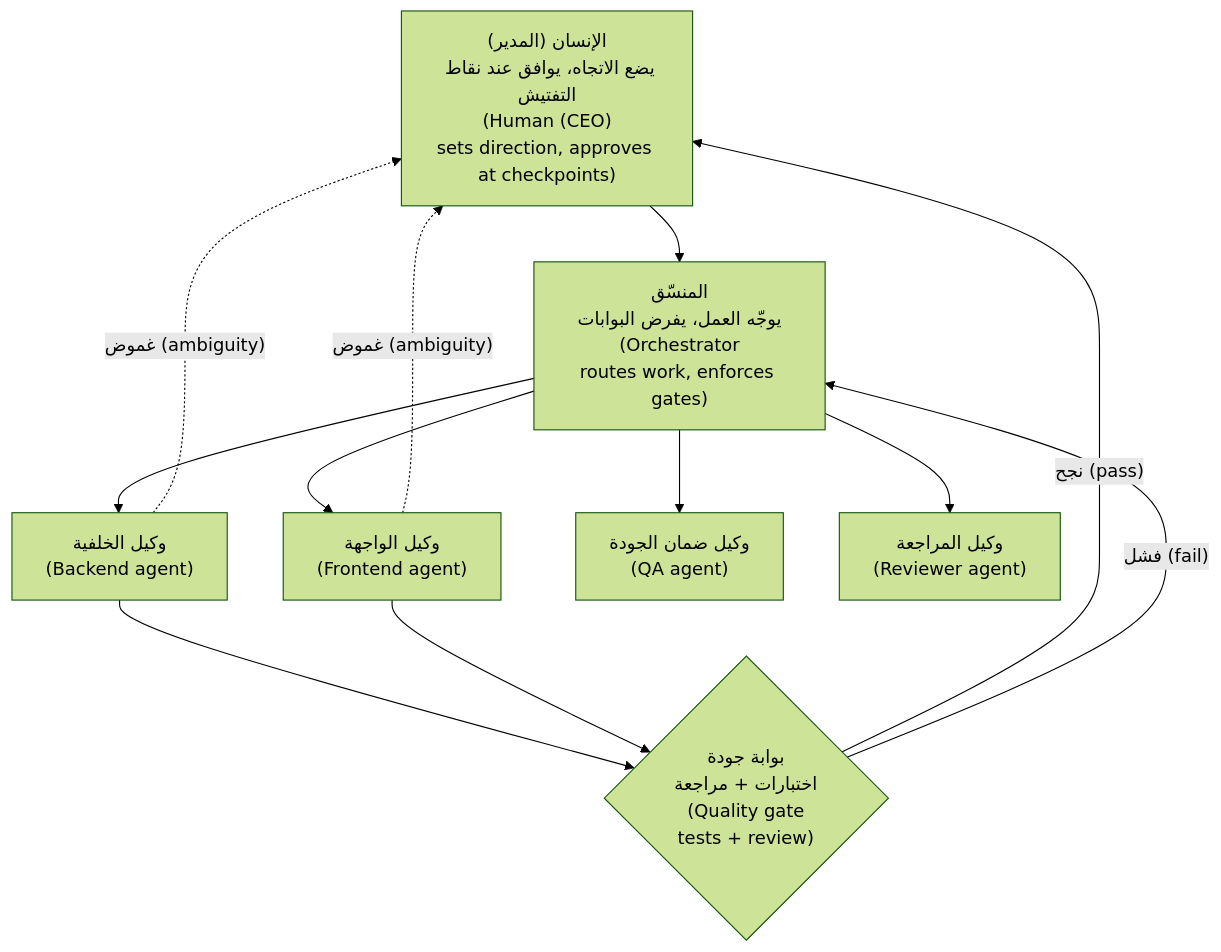
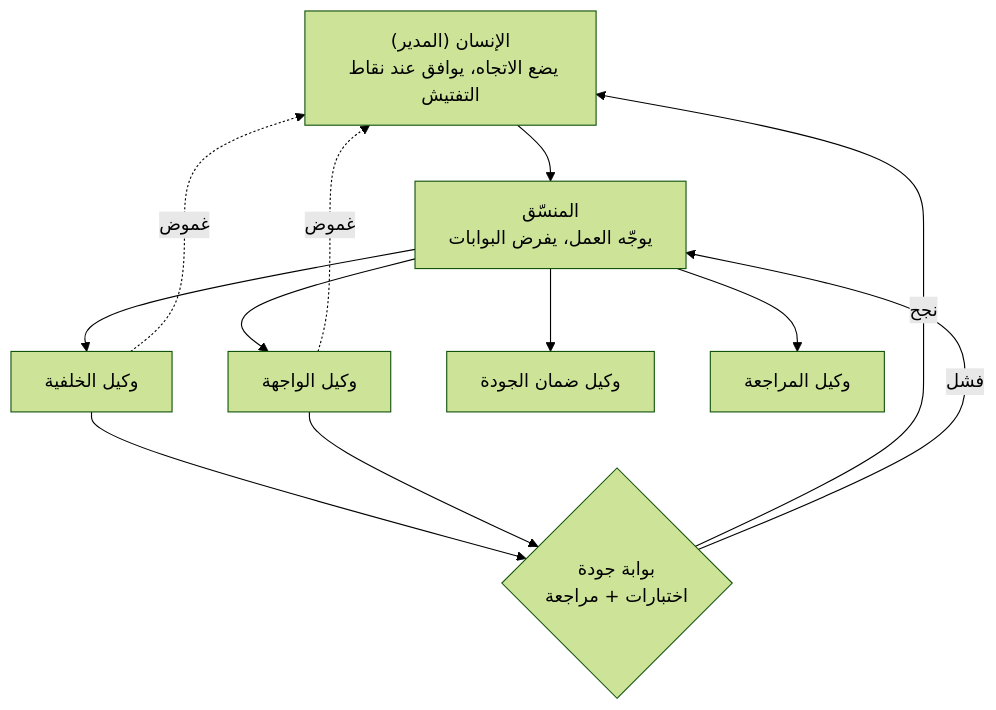
The sixth of 8 diagrams in modules/09-directing-ai-team/module.ar.md (Tamoura/system-design-for-vibe-coders), drawn with Mermaid (forest theme) before and after one commit. The commit also changed other lines of this file and 551 other files, not shown here.

````diff
--- a/modules/09-directing-ai-team/module.ar.md
+++ b/modules/09-directing-ai-team/module.ar.md
@@ -533,14 +535,14 @@
 ```mermaid
 flowchart TD
-    H["الإنسان (المدير)<br/>يضع الاتجاه، يوافق عند نقاط التفتيش<br/>(Human (CEO)<br/>sets direction, approves at checkpoints)"] --> O["المنسّق<br/>يوجّه العمل، يفرض البوابات<br/>(Orchestrator<br/>routes work, enforces gates)"]
-    O --> B["وكيل الخلفية<br/>(Backend agent)"]
-    O --> F["وكيل الواجهة<br/>(Frontend agent)"]
-    O --> Q["وكيل ضمان الجودة<br/>(QA agent)"]
-    O --> R["وكيل المراجعة<br/>(Reviewer agent)"]
-    B --> G1{"بوابة جودة<br/>اختبارات + مراجعة<br/>(Quality gate<br/>tests + review)"}
+    H["الإنسان (المدير)<br/>يضع الاتجاه، يوافق عند نقاط التفتيش"] --> O["المنسّق<br/>يوجّه العمل، يفرض البوابات"]
+    O --> B["وكيل الخلفية"]
+    O --> F["وكيل الواجهة"]
+    O --> Q["وكيل ضمان الجودة"]
+    O --> R["وكيل المراجعة"]
+    B --> G1{"بوابة جودة<br/>اختبارات + مراجعة"}
     F --> G1
-    G1 -->|"نجح (pass)"| H
-    G1 -->|"فشل (fail)"| O
-    B -.->|"غموض (ambiguity)"| H
-    F -.->|"غموض (ambiguity)"| H
+    G1 -->|"نجح"| H
+    G1 -->|"فشل"| O
+    B -.->|"غموض"| H
+    F -.->|"غموض"| H
 ```
````
